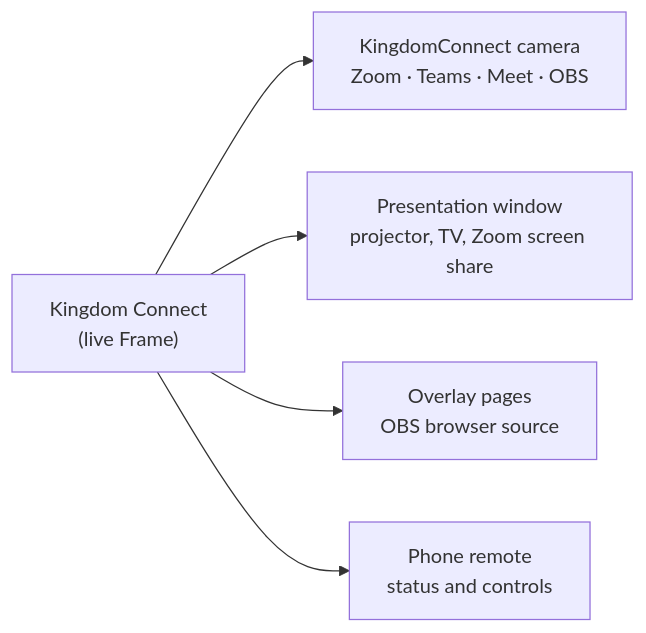
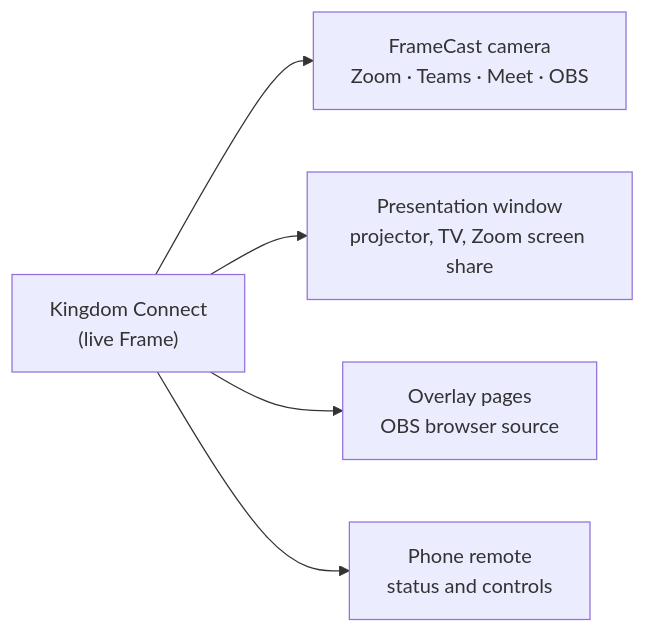
Before and after one commit to mshobin/FrameDecks: the diagram in docs/presentations.md, drawn with Mermaid. The commit also changed other lines of this file and 159 other files, not shown here.

First line of the commit message:
The virtual camera is called FrameCast

````diff
--- a/docs/presentations.md
+++ b/docs/presentations.md
@@ -30,7 +30,7 @@
 ```mermaid
 flowchart LR
-  K["Kingdom Connect<br/>(live Frame)"] --> CAM["KingdomConnect camera<br/>Zoom · Teams · Meet · OBS"]
+  K["Kingdom Connect<br/>(live Frame)"] --> CAM["FrameCast camera<br/>Zoom · Teams · Meet · OBS"]
   K --> PW["Presentation window<br/>projector, TV, Zoom screen share"]
   K --> OV["Overlay pages<br/>OBS browser source"]
   K --> PH["Phone remote<br/>status and controls"]
 ```
````
